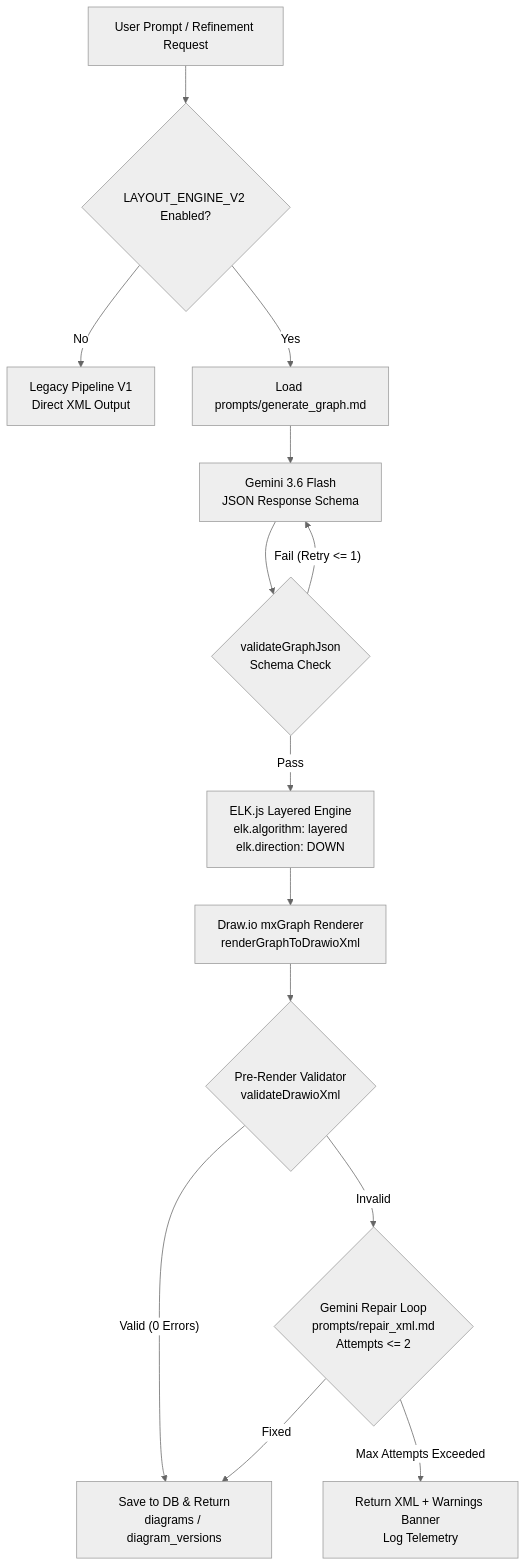
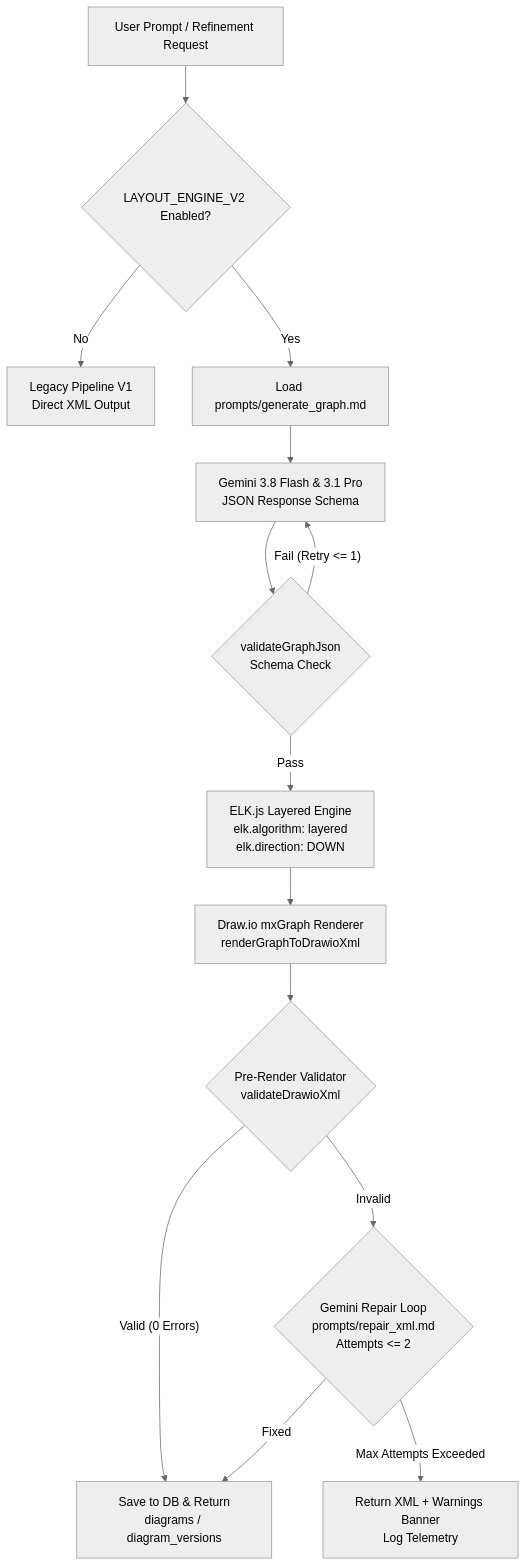
The diagram in docs/ARCHITECTURE_AFTER.md (nitinaggarwal-12/PromptCanvas), drawn with Mermaid (neutral theme) before and after one commit. The commit also changed other lines of this file and 298 other files, not shown here.

````diff
--- a/docs/ARCHITECTURE_AFTER.md
+++ b/docs/ARCHITECTURE_AFTER.md
@@ -10,22 +10,22 @@
 ```mermaid
 flowchart TD
     UserPrompt[User Prompt / Refinement Request] --> FeatureFlagCheck{LAYOUT_ENGINE_V2 Enabled?}
 
     FeatureFlagCheck -- No --> LegacyV1[Legacy Pipeline V1<br/>Direct XML Output]
 
     FeatureFlagCheck -- Yes --> PromptLoader[Load prompts/generate_graph.md]
-    PromptLoader --> GeminiCall[Gemini 3.6 Flash<br/>JSON Response Schema]
+    PromptLoader --> GeminiCall[Gemini 3.8 Flash & 3.1 Pro<br/>JSON Response Schema]
 
     GeminiCall --> SchemaVal{validateGraphJson<br/>Schema Check}
     SchemaVal -- Fail (Retry <= 1) --> GeminiCall
     SchemaVal -- Pass --> ELKLayout[ELK.js Layered Engine<br/>elk.algorithm: layered<br/>elk.direction: DOWN]
 
     ELKLayout --> XMLRenderer[Draw.io mxGraph Renderer<br/>renderGraphToDrawioXml]
     XMLRenderer --> PreRenderVal{Pre-Render Validator<br/>validateDrawioXml}
 
     PreRenderVal -- Valid (0 Errors) --> SaveDB[Save to DB & Return<br/>diagrams / diagram_versions]
 
     PreRenderVal -- Invalid --> RepairLoop{Gemini Repair Loop<br/>prompts/repair_xml.md<br/>Attempts <= 2}
     RepairLoop -- Fixed --> SaveDB
     RepairLoop -- Max Attempts Exceeded --> FallbackReturn[Return XML + Warnings Banner<br/>Log Telemetry]
 ```
````
